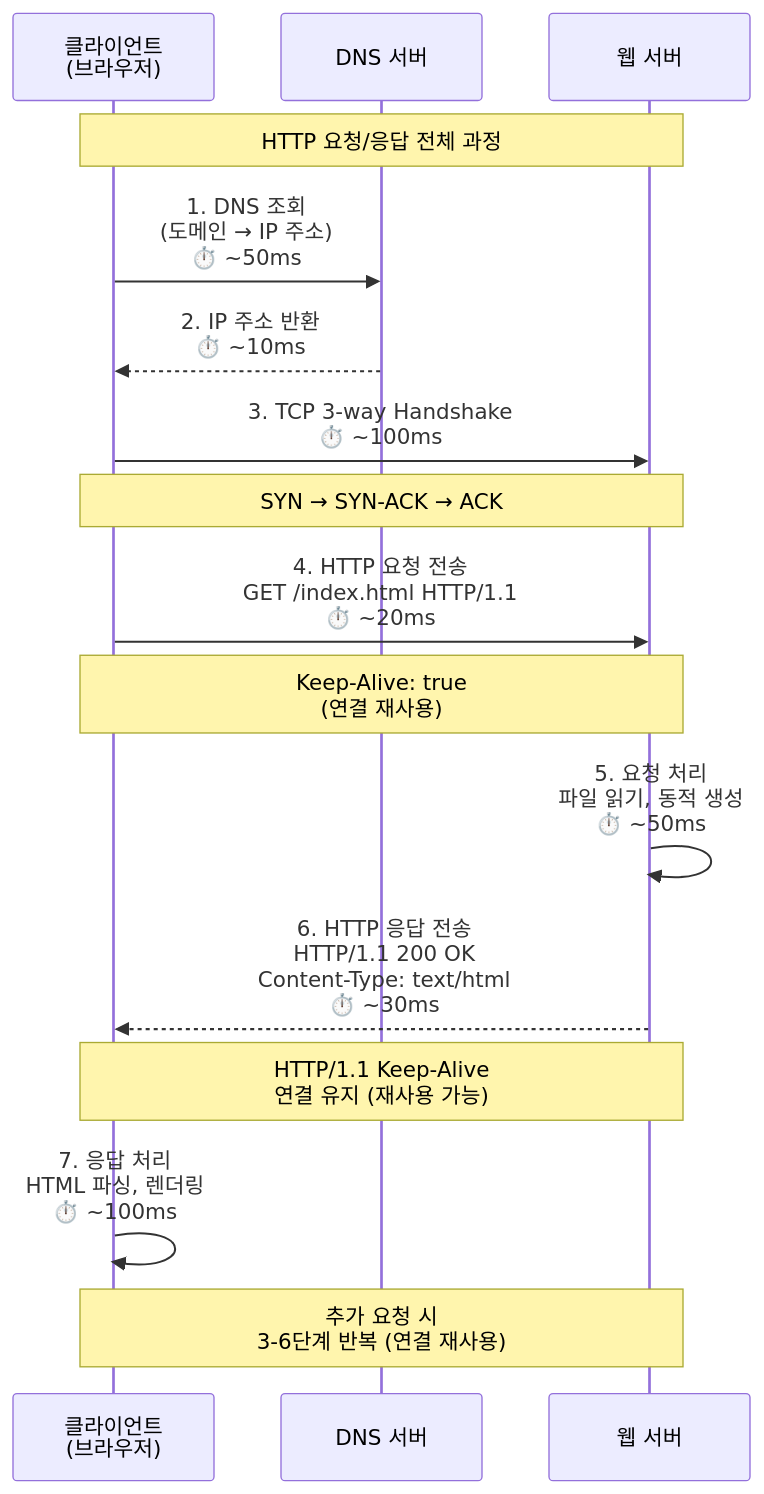
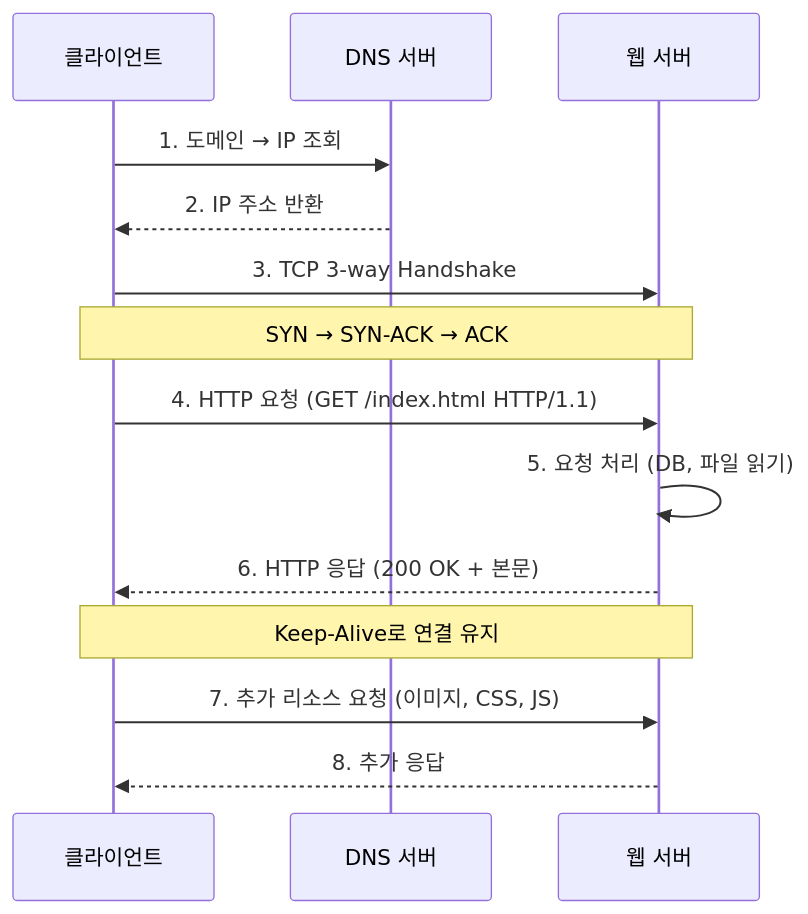
Before and after one commit to GYUTORY/YGSTUDY: the diagram in Develop/Network/7 Layer/Application Layer/Http/HTTP.md, drawn with Mermaid. The commit also changed other lines of this file and 14 other files, not shown here.

````diff
--- a/Develop/Network/7 Layer/Application Layer/Http/HTTP.md
+++ b/Develop/Network/7 Layer/Application Layer/Http/HTTP.md
@@ -73,27 +85,20 @@
 ```mermaid
 sequenceDiagram
-    participant Client as 클라이언트<br/>(브라우저)
+    participant Client as 클라이언트
     participant DNS as DNS 서버
     participant Server as 웹 서버
 
-    Note over Client,Server: HTTP 요청/응답 전체 과정
+    Client->>DNS: 1. 도메인 → IP 조회
+    DNS-->>Client: 2. IP 주소 반환
 
-    Client->>DNS: 1. DNS 조회<br/>(도메인 → IP 주소)<br/>⏱️ ~50ms
-    DNS-->>Client: 2. IP 주소 반환<br/>⏱️ ~10ms
-
-    Client->>Server: 3. TCP 3-way Handshake<br/>⏱️ ~100ms
+    Client->>Server: 3. TCP 3-way Handshake
     Note over Client,Server: SYN → SYN-ACK → ACK
 
-    Client->>Server: 4. HTTP 요청 전송<br/>GET /index.html HTTP/1.1<br/>⏱️ ~20ms
-    Note over Client,Server: Keep-Alive: true<br/>(연결 재사용)
+    Client->>Server: 4. HTTP 요청 (GET /index.html HTTP/1.1)
+    Server->>Server: 5. 요청 처리 (DB, 파일 읽기)
+    Server-->>Client: 6. HTTP 응답 (200 OK + 본문)
 
-    Server->>Server: 5. 요청 처리<br/>파일 읽기, 동적 생성<br/>⏱️ ~50ms
-
-    Server-->>Client: 6. HTTP 응답 전송<br/>HTTP/1.1 200 OK<br/>Content-Type: text/html<br/>⏱️ ~30ms
-
-    Note over Client,Server: HTTP/1.1 Keep-Alive<br/>연결 유지 (재사용 가능)
-
-    Client->>Client: 7. 응답 처리<br/>HTML 파싱, 렌더링<br/>⏱️ ~100ms
-
-    Note over Client,Server: 추가 요청 시<br/>3-6단계 반복 (연결 재사용)
+    Note over Client,Server: Keep-Alive로 연결 유지
+    Client->>Server: 7. 추가 리소스 요청 (이미지, CSS, JS)
+    Server-->>Client: 8. 추가 응답
 ```
````
